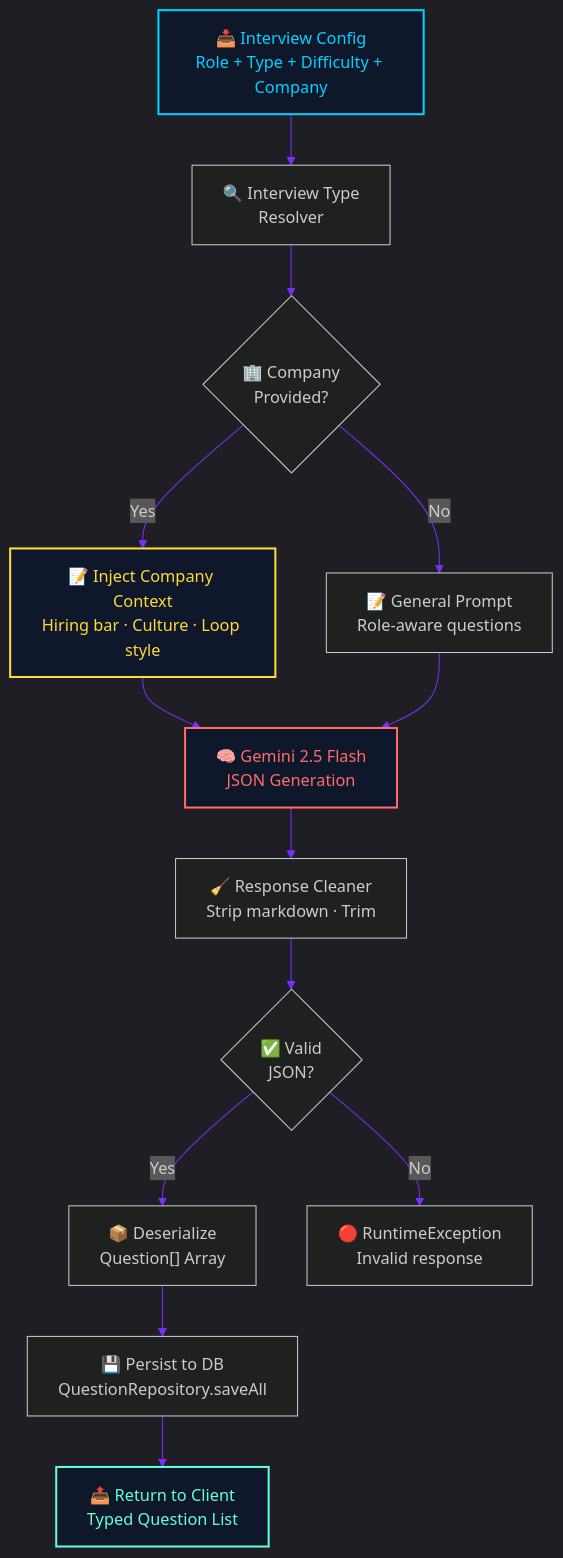
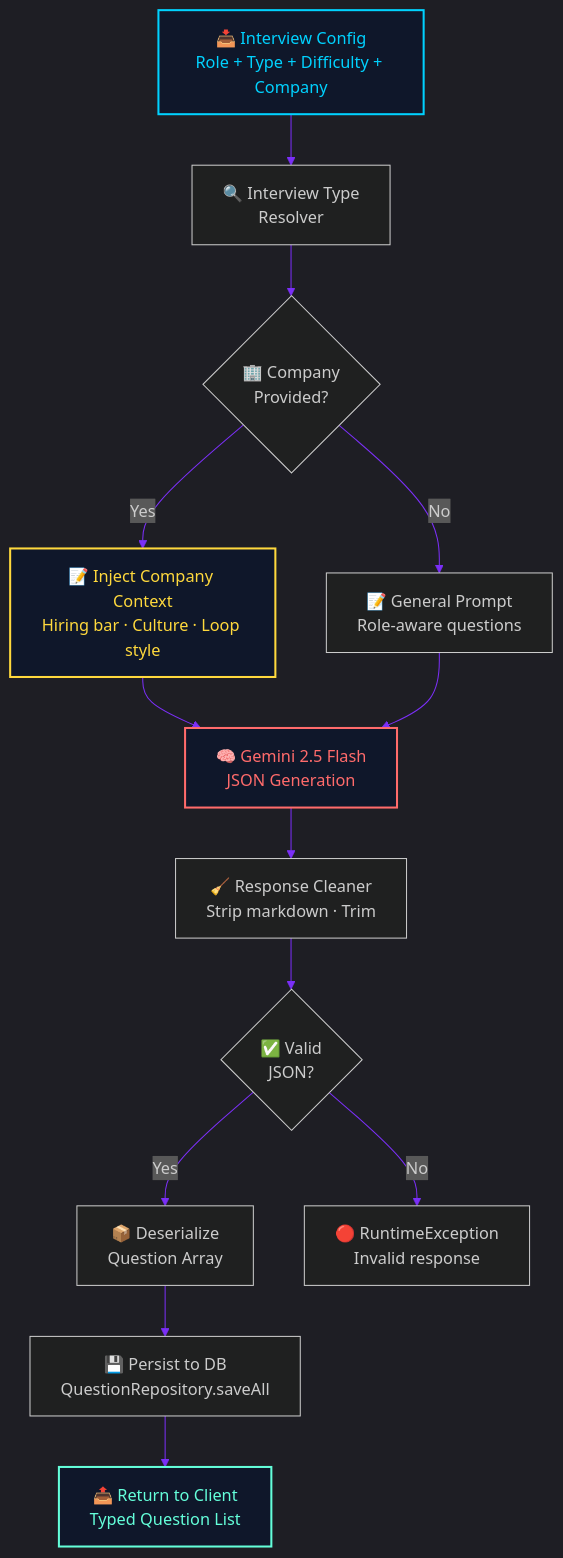
One commit to Jawahar08/interviewforge-ai changed the eighth of 15 diagrams in README.md. Above: the diagram before and after it, drawn with Mermaid. The commit also changed other lines of this file and 7 other files, not shown here.

````diff
--- a/README.md
+++ b/README.md
@@ -779,22 +783,22 @@
 ```mermaid
 %%{init: {'theme': 'dark', 'themeVariables': { 'primaryColor': '#1e293b', 'primaryTextColor': '#e2e8f0', 'primaryBorderColor': '#ff6b6b', 'lineColor': '#7b2ff7', 'fontFamily': 'JetBrains Mono, monospace'}}}%%
 
 flowchart TD
     A["📥 Interview Config\nRole + Type + Difficulty + Company"] --> B["🔍 Interview Type\nResolver"]
     B --> C{"🏢 Company\nProvided?"}
     C -->|"Yes"| D["📝 Inject Company Context\nHiring bar · Culture · Loop style"]
     C -->|"No"| E["📝 General Prompt\nRole-aware questions"]
     D --> F["🧠 Gemini 2.5 Flash\nJSON Generation"]
     E --> F
     F --> G["🧹 Response Cleaner\nStrip markdown · Trim"]
     G --> H{"✅ Valid\nJSON?"}
-    H -->|"Yes"| I["📦 Deserialize\nQuestion[] Array"]
+    H -->|"Yes"| I["📦 Deserialize\nQuestion Array"]
     H -->|"No"| J["🔴 RuntimeException\nInvalid response"]
     I --> K["💾 Persist to DB\nQuestionRepository.saveAll"]
     K --> L["📤 Return to Client\nTyped Question List"]
 
     style A fill:#0f172a,stroke:#00d2ff,stroke-width:2px,color:#00d2ff
     style F fill:#0f172a,stroke:#ff6b6b,stroke-width:2px,color:#ff6b6b
     style D fill:#0f172a,stroke:#ffd93d,stroke-width:2px,color:#ffd93d
     style L fill:#0f172a,stroke:#64ffda,stroke-width:2px,color:#64ffda
 ```
````
